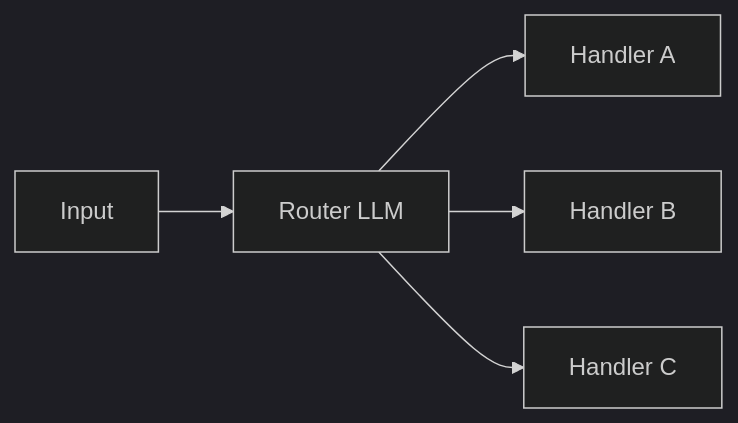
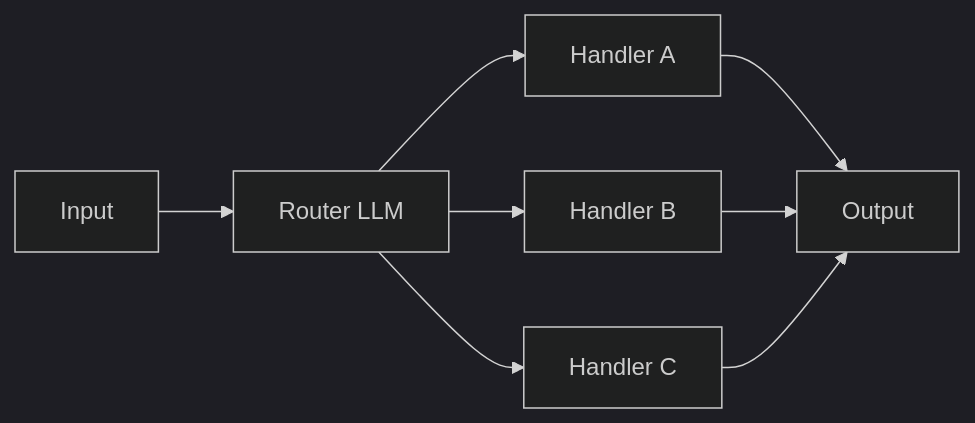
The fourth of 9 diagrams in README.md (averagejoeslab/agenteng), drawn with Mermaid (dark theme) before and after one commit. The commit also changed other lines of this file, not shown here.

First line of the commit message:
docs(readme): give every pattern diagram explicit Input/Output nodes

````diff
--- a/README.md
+++ b/README.md
@@ -60,7 +61,10 @@
 ```mermaid
 flowchart LR
     In[Input] --> R[Router LLM]
     R --> H1[Handler A]
     R --> H2[Handler B]
     R --> H3[Handler C]
+    H1 --> Out[Output]
+    H2 --> Out
+    H3 --> Out
 ```
````
